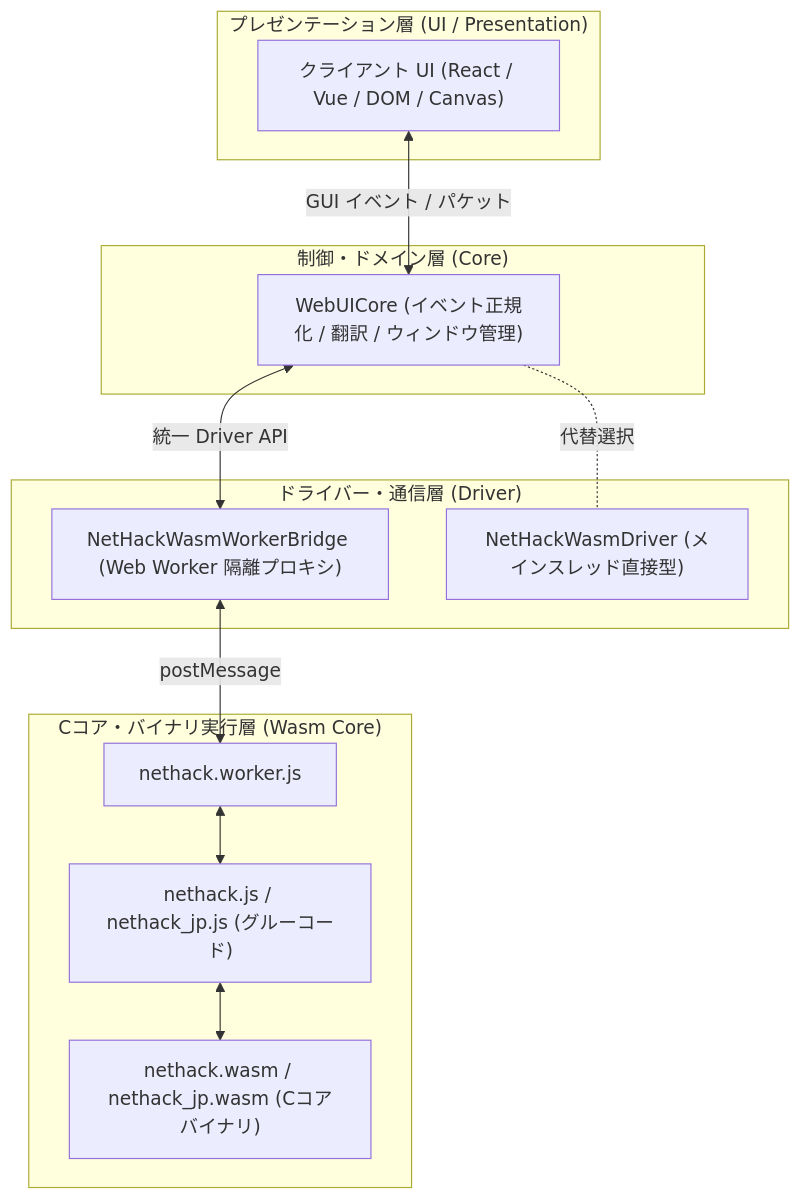
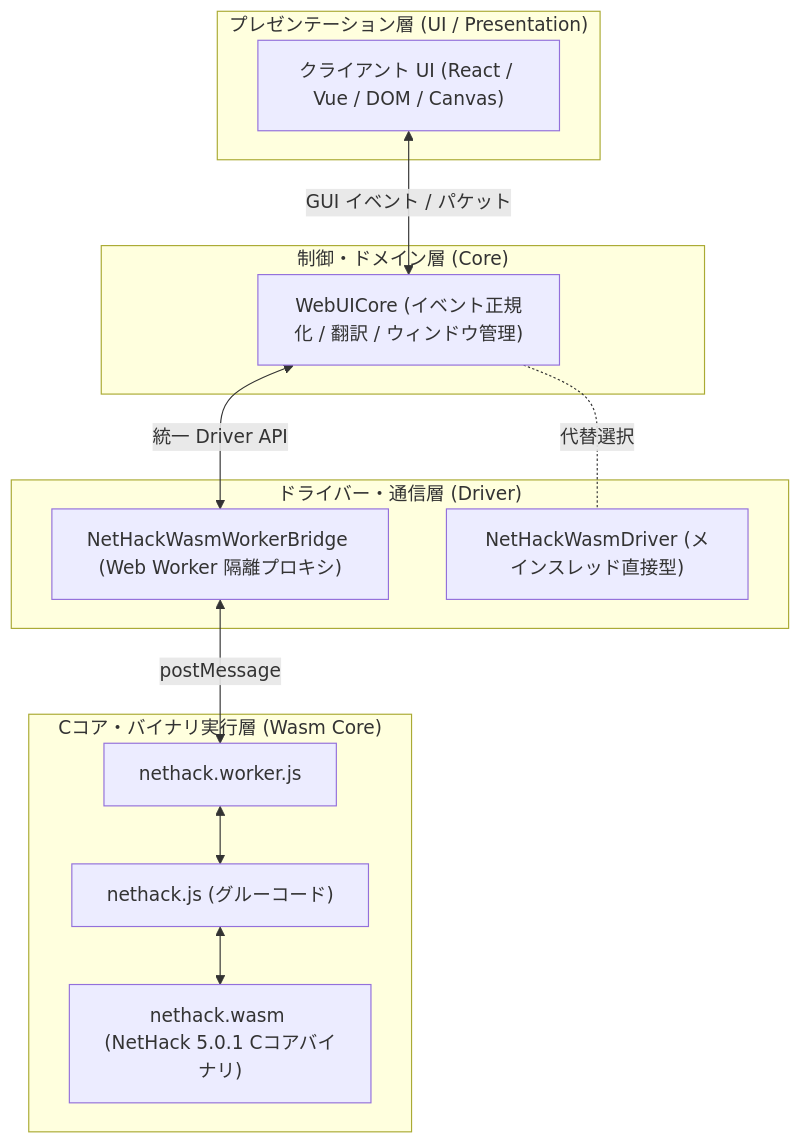
The diagram in docs/1_driver/driver_quickstart_guide.md (e3sh/Nethack-wasm-webUI), drawn with Mermaid before and after one commit. The commit also changed other lines of this file and 57 other files, not shown here.

````diff
--- a/docs/1_driver/driver_quickstart_guide.md
+++ b/docs/1_driver/driver_quickstart_guide.md
@@ -11,28 +19,28 @@
 ```mermaid
 graph TD
     subgraph UI_Layer ["プレゼンテーション層 (UI / Presentation)"]
         UI["クライアント UI (React / Vue / DOM / Canvas)"]
     end
 
     subgraph Core_Layer ["制御・ドメイン層 (Core)"]
         WebUICore["WebUICore (イベント正規化 / 翻訳 / ウィンドウ管理)"]
     end
 
     subgraph Driver_Layer ["ドライバー・通信層 (Driver)"]
         Bridge["NetHackWasmWorkerBridge (Web Worker 隔離プロキシ)"]
         DriverDirect["NetHackWasmDriver (メインスレッド直接型)"]
     end
 
     subgraph Wasm_Layer ["Cコア・バイナリ実行層 (Wasm Core)"]
         Worker["nethack.worker.js"]
-        WasmJS["nethack.js / nethack_jp.js (グルーコード)"]
-        WasmBin["nethack.wasm / nethack_jp.wasm (Cコアバイナリ)"]
+        WasmJS["nethack.js (グルーコード)"]
+        WasmBin["nethack.wasm (NetHack 5.0.1 Cコアバイナリ)"]
     end
 
     UI <-->|GUI イベント / パケット| WebUICore
     WebUICore <-->|統一 Driver API| Bridge
     WebUICore -.-|代替選択| DriverDirect
     Bridge <-->|postMessage| Worker
     Worker <--> WasmJS
     WasmJS <--> WasmBin
 ```
````
